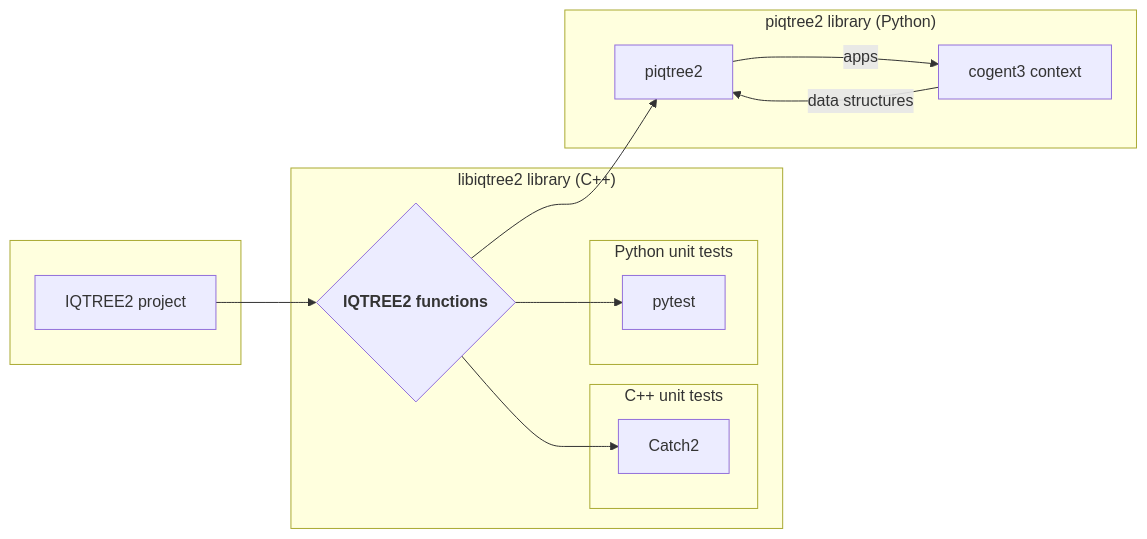
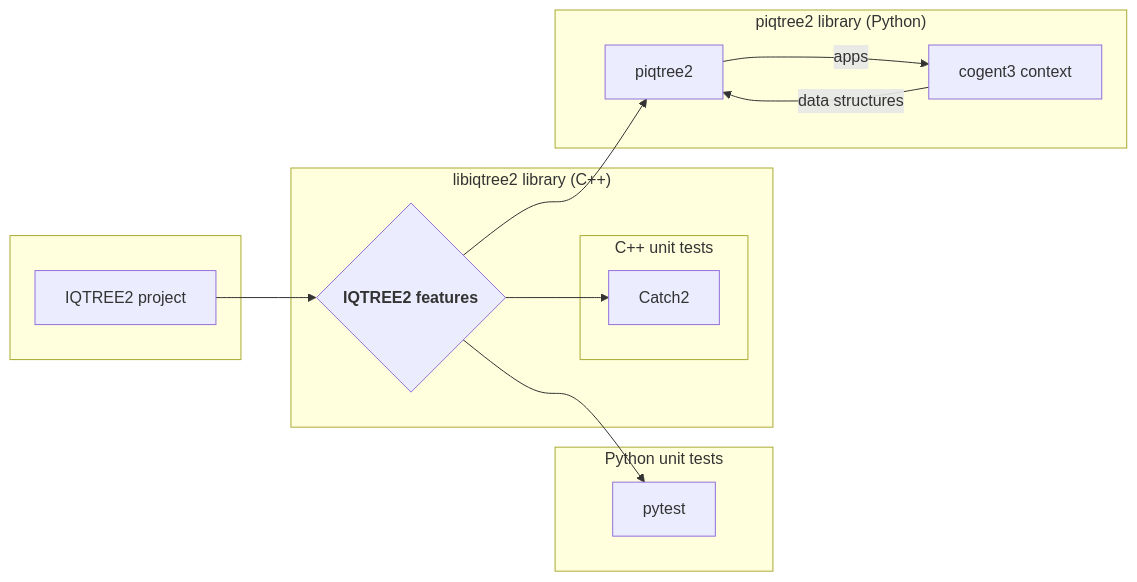
The diagram in libiqtree2/README.md (cogent3/iqtree2_serialization), drawn with Mermaid before and after one commit.

Commit message:
move pytests out of the libiqtree2 c++ scope in documentation

````diff
--- a/libiqtree2/README.md
+++ b/libiqtree2/README.md
@@ -9,25 +9,25 @@
 ```mermaid
 graph LR
     subgraph " "
     iqtree2["IQTREE2 project"] 
     end
-    iqtree2 --> libiqtree2 --> piqtree2
-    subgraph "libiqtree2 library (C++)"
-    libiqtree2{<b>IQTREE2 functions</b>}
-    subgraph "C++ unit tests"
-    catch2["Catch2"]
-    end
     subgraph "Python unit tests"
     
     pytest["pytest"]
+    end
+    iqtree2 --> libiqtree2 --> piqtree2
+    subgraph "libiqtree2 library (C++)"
+    libiqtree2{<b>IQTREE2 features</b>}
+    subgraph "C++ unit tests"
+    catch2["Catch2"]
     end
     libiqtree2 --> catch2
     libiqtree2 --> pytest
     end
     subgraph "piqtree2 library (Python)"
     piqtree2[piqtree2]
     cogent3[cogent3 context]
     piqtree2  -->|apps| cogent3
     cogent3  -->|data structures| piqtree2 
     end
 ```
````
